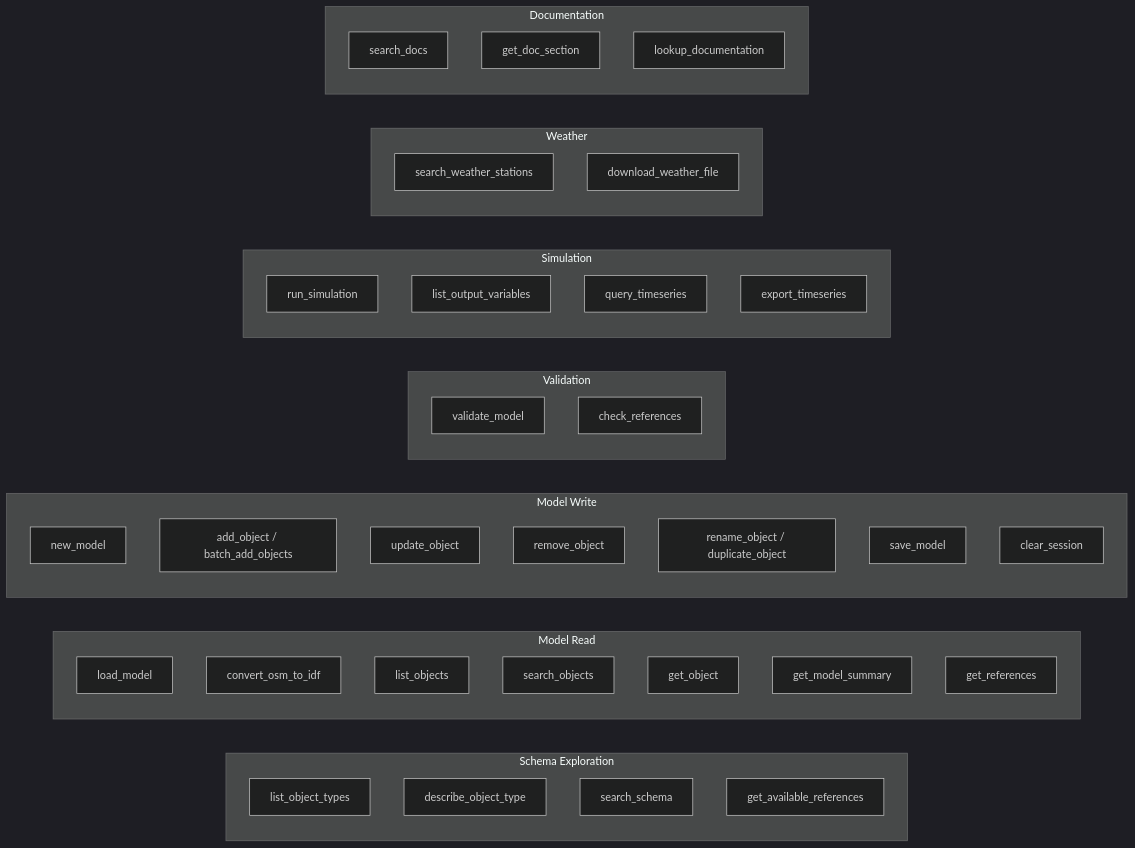
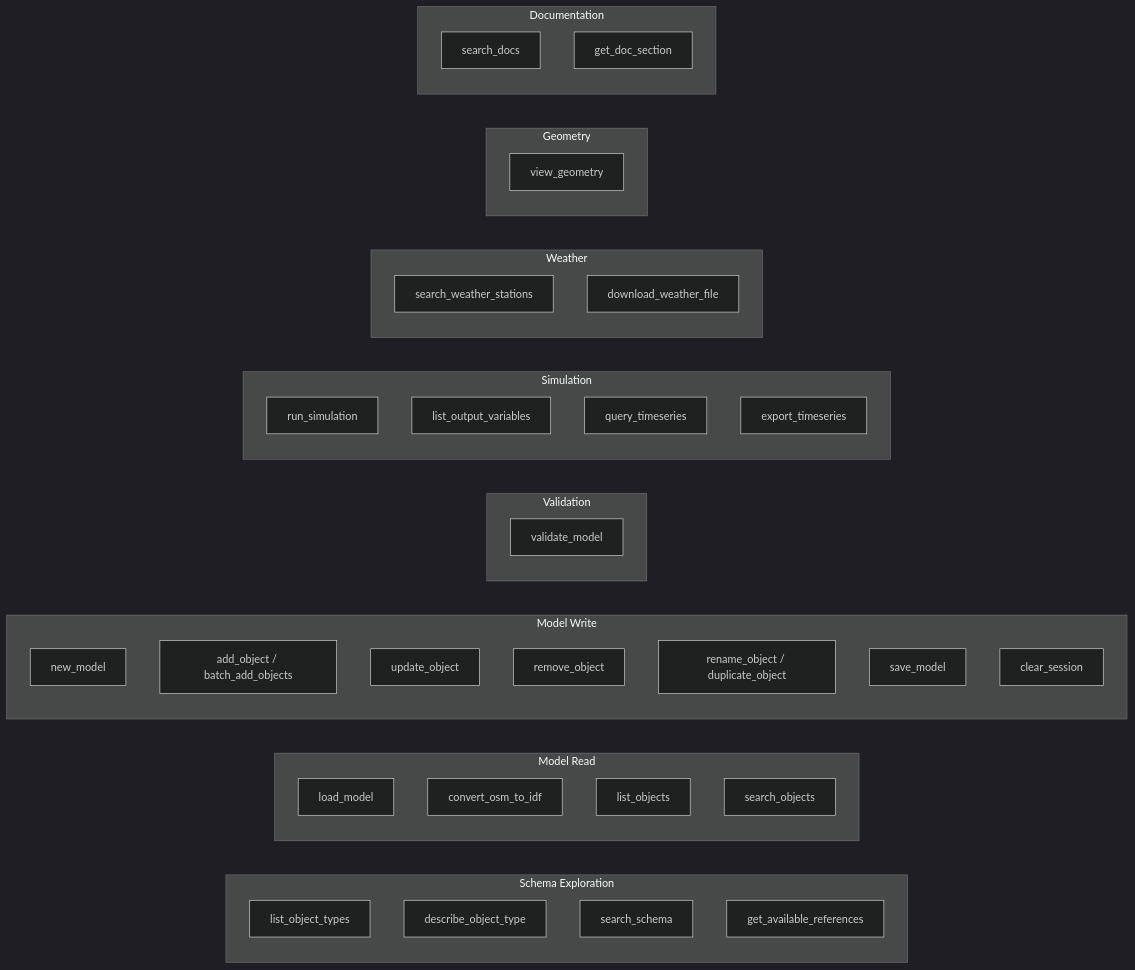
Before and after one commit to idfkit/idfkit-mcp: the fourth of 5 diagrams in docs/concepts/architecture.md, drawn with Mermaid (dark theme). The commit also changed other lines of this file and 10 other files, not shown here.

````diff
--- a/docs/concepts/architecture.md
+++ b/docs/concepts/architecture.md
@@ -170,52 +171,51 @@
 ```mermaid
 graph LR
     subgraph Schema["Schema Exploration"]
         A1[list_object_types]
         A2[describe_object_type]
         A3[search_schema]
         A4[get_available_references]
     end
 
     subgraph Read["Model Read"]
         B1[load_model]
         B2[convert_osm_to_idf]
         B3[list_objects]
         B4[search_objects]
-        B5[get_object]
-        B6[get_model_summary]
-        B7[get_references]
     end
 
     subgraph Write["Model Write"]
         C1[new_model]
         C2[add_object / batch_add_objects]
         C3[update_object]
         C4[remove_object]
         C5[rename_object / duplicate_object]
         C6[save_model]
         C7[clear_session]
     end
 
     subgraph Validation
         D1[validate_model]
-        D2[check_references]
     end
 
     subgraph Simulation
         E1[run_simulation]
         E2[list_output_variables]
         E3[query_timeseries]
         E4[export_timeseries]
     end
 
     subgraph Weather
         F1[search_weather_stations]
         F2[download_weather_file]
     end
 
+    subgraph Geometry
+        H1[view_geometry]
+    end
+
     subgraph Documentation
         G1[search_docs]
         G2[get_doc_section]
-        G3[lookup_documentation]
     end
 ```
````
